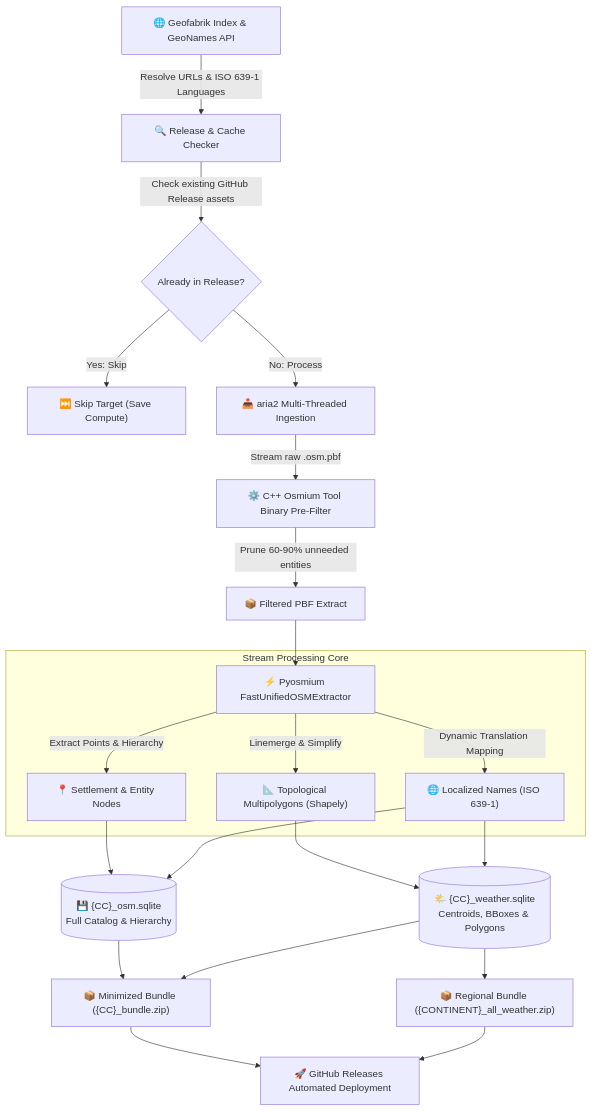
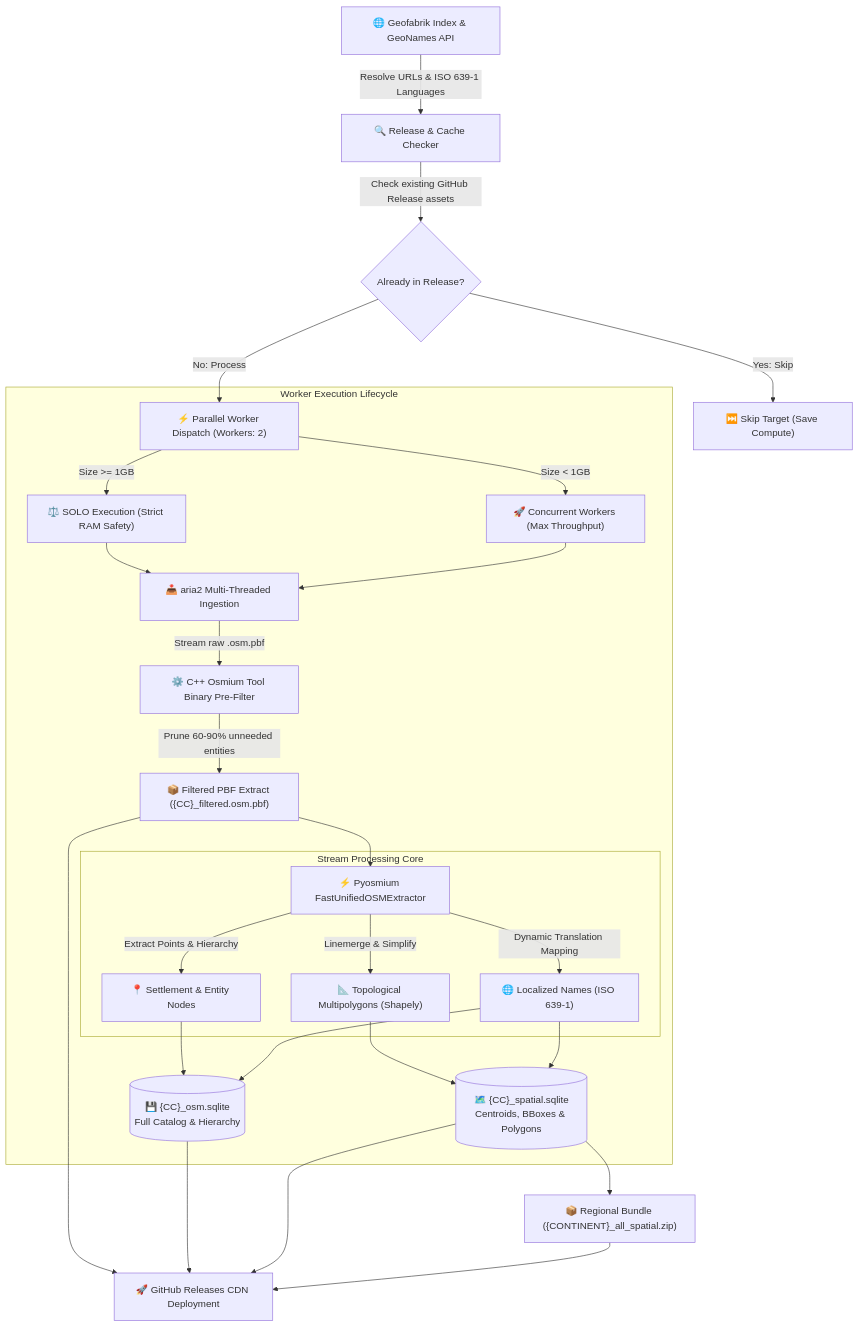
The diagram in README.md (vkk5880/osm-geospatial-engine), drawn with Mermaid before and after one commit. The commit also changed other lines of this file and 6 other files, not shown here.

````diff
--- a/README.md
+++ b/README.md
@@ -41,29 +42,34 @@
 ```mermaid
 flowchart TD
     A["🌐 Geofabrik Index & GeoNames API"] -->|Resolve URLs & ISO 639-1 Languages| B["🔍 Release & Cache Checker"]
     B -->|Check existing GitHub Release assets| C{"Already in Release?"}
     C -->|Yes: Skip| D["⏭️ Skip Target (Save Compute)"]
-    C -->|No: Process| E["📥 aria2 Multi-Threaded Ingestion"]
+    C -->|No: Process| E["⚡ Parallel Worker Dispatch (Workers: 2)"]
     
-    E -->|Stream raw .osm.pbf| F["⚙️ C++ Osmium Tool Binary Pre-Filter"]
-    F -->|Prune 60-90% unneeded entities| G["📦 Filtered PBF Extract"]
-    G --> H["⚡ Pyosmium FastUnifiedOSMExtractor"]
-    
-    subgraph "Stream Processing Core"
-        H -->|Extract Points & Hierarchy| I["📍 Settlement & Entity Nodes"]
-        H -->|Linemerge & Simplify| J["📐 Topological Multipolygons (Shapely)"]
-        H -->|Dynamic Translation Mapping| K["🌐 Localized Names (ISO 639-1)"]
+    subgraph "Worker Execution Lifecycle"
+        E -->|Size >= 1GB| F1["⚖️ SOLO Execution (Strict RAM Safety)"]
+        E -->|Size < 1GB| F2["🚀 Concurrent Workers (Max Throughput)"]
+        F1 --> G["📥 aria2 Multi-Threaded Ingestion"]
+        F2 --> G
+        G -->|Stream raw .osm.pbf| H["⚙️ C++ Osmium Tool Binary Pre-Filter"]
+        H -->|Prune 60-90% unneeded entities| I["📦 Filtered PBF Extract ({CC}_filtered.osm.pbf)"]
+        I --> J["⚡ Pyosmium FastUnifiedOSMExtractor"]
+        
+        subgraph "Stream Processing Core"
+            J -->|Extract Points & Hierarchy| K["📍 Settlement & Entity Nodes"]
+            J -->|Linemerge & Simplify| L["📐 Topological Multipolygons (Shapely)"]
+            J -->|Dynamic Translation Mapping| M["🌐 Localized Names (ISO 639-1)"]
+        end
+        
+        K --> N[("💾 {CC}_osm.sqlite\nFull Catalog & Hierarchy")]
+        L --> O[("🗺️ {CC}_spatial.sqlite\nCentroids, BBoxes & Polygons")]
+        M --> N
+        M --> O
     end
     
-    I --> L[("💾 {CC}_osm.sqlite\nFull Catalog & Hierarchy")]
-    J --> M[("🌤️ {CC}_weather.sqlite\nCentroids, BBoxes & Polygons")]
-    K --> L
-    K --> M
-    
-    L --> N["📦 Minimized Bundle ({CC}_bundle.zip)"]
-    M --> N
-    M --> O["📦 Regional Bundle ({CONTINENT}_all_weather.zip)"]
-    
-    N --> P["🚀 GitHub Releases Automated Deployment"]
+    I --> P["🚀 GitHub Releases CDN Deployment"]
+    N --> P
     O --> P
+    O --> Q["📦 Regional Bundle ({CONTINENT}_all_spatial.zip)"]
+    Q --> P
 ```
````
